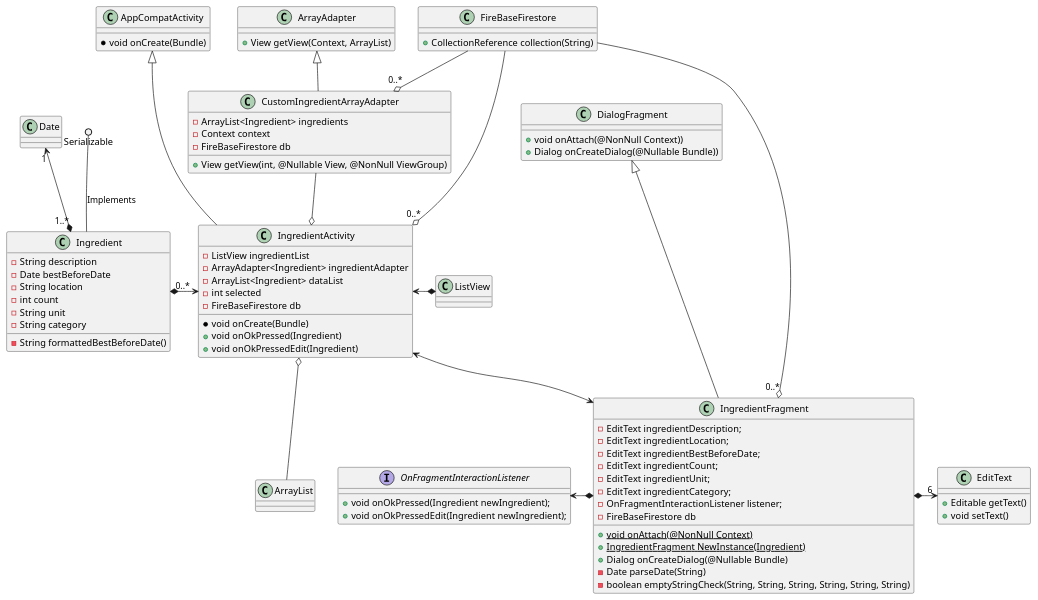
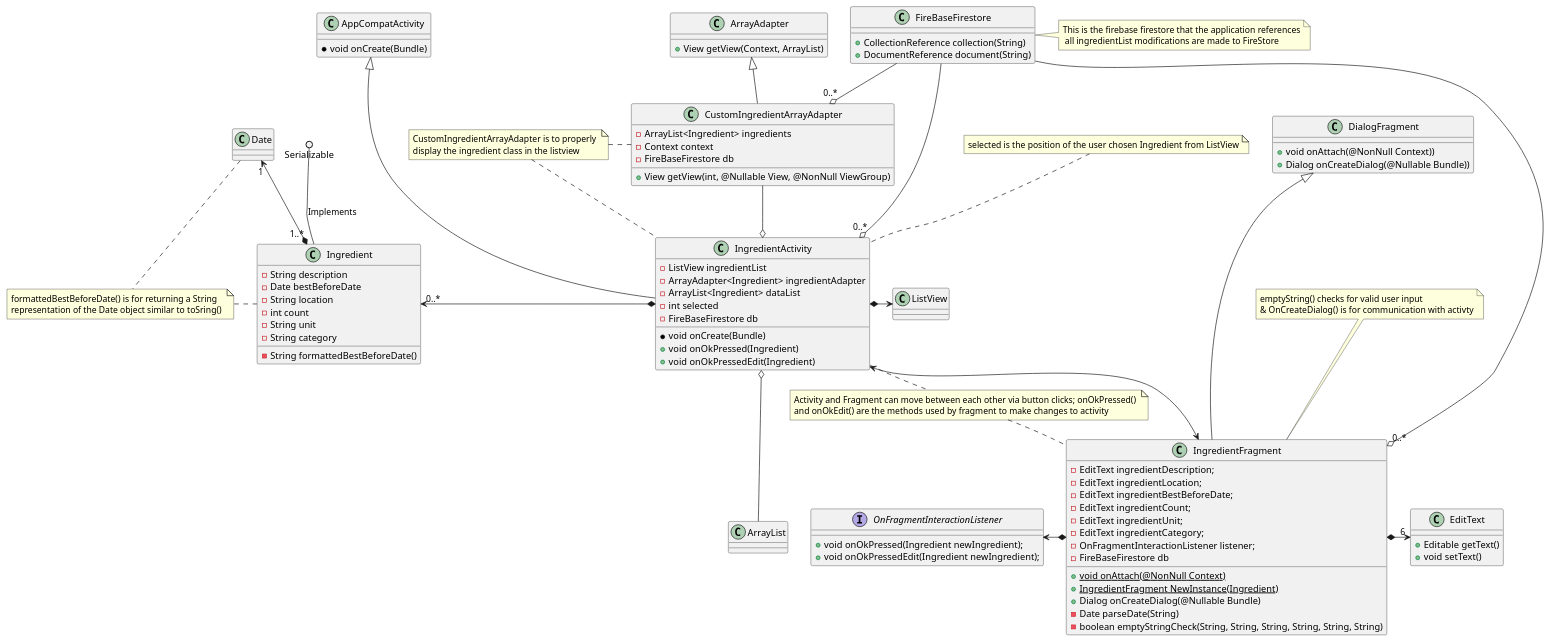
One commit to CMPUT301F22T31/FoodCart changed the diagram in doc/IngredientUML.puml. Above: the diagram before and after it, drawn with PlantUML. The commit also changed 5 other files, not shown here.

Commit message:
Final touchups on UML diagrams

```diff
--- a/doc/IngredientUML.puml
+++ b/doc/IngredientUML.puml
@@ -1,97 +1,124 @@
 @startuml
 'https://plantuml.com/class-diagram
 
 class ArrayAdapter {
 +View getView(Context, ArrayList)
 }
 
 class EditText {
 +Editable getText()
 +void setText()
 }
 
 class FireBaseFirestore {
 +CollectionReference collection(String)
++DocumentReference document(String)
 }
 
 class Ingredient {
 -String description
 -Date bestBeforeDate
 -String location
 -int count
 -String unit
 -String category
 
 -String formattedBestBeforeDate()
 }
 
 class AppCompatActivity {
 *void onCreate(Bundle)
 }
 
 class IngredientActivity {
 -ListView ingredientList
 -ArrayAdapter<Ingredient> ingredientAdapter
 -ArrayList<Ingredient> dataList
 -int selected
 -FireBaseFirestore db
 
 *void onCreate(Bundle)
 +void onOkPressed(Ingredient)
 +void onOkPressedEdit(Ingredient)
 }
 
 class DialogFragment {
 +void onAttach(@NonNull Context))
 +Dialog onCreateDialog(@Nullable Bundle))
 }
 
 class IngredientFragment {
 -EditText ingredientDescription;
 -EditText ingredientLocation;
 -EditText ingredientBestBeforeDate;
 -EditText ingredientCount;
 -EditText ingredientUnit;
 -EditText ingredientCategory;
 -OnFragmentInteractionListener listener;
 -FireBaseFirestore db
 
 + {static} void onAttach(@NonNull Context)
 + {static} IngredientFragment NewInstance(Ingredient)
 + Dialog onCreateDialog(@Nullable Bundle)
 - Date parseDate(String)
 - boolean emptyStringCheck(String, String, String, String, String, String)
 }
 
 interface OnFragmentInteractionListener {
 +void onOkPressed(Ingredient newIngredient);
 +void onOkPressedEdit(Ingredient newIngredient);
 }
 
 class CustomIngredientArrayAdapter extends ArrayAdapter {
 - ArrayList<Ingredient> ingredients
 - Context context
 - FireBaseFirestore db
 
 + View getView(int, @Nullable View, @NonNull ViewGroup)
 }
 
 Serializable ()-- Ingredient : Implements
 Date "1" <--* "1..*" Ingredient
 
-Ingredient "0..*" *->  IngredientActivity
-IngredientActivity <-* ListView
+Ingredient "0..*" <-*  IngredientActivity
+IngredientActivity *-> ListView
 CustomIngredientArrayAdapter --o IngredientActivity
 FireBaseFirestore --o "0..*" IngredientActivity
 
 IngredientActivity o-- ArrayList
 AppCompatActivity <|--- IngredientActivity
 DialogFragment <|--- IngredientFragment
 FireBaseFirestore --o "0..*" CustomIngredientArrayAdapter
 
 IngredientFragment *-> "6" EditText
 OnFragmentInteractionListener <-* IngredientFragment
 FireBaseFirestore --o "0..*" IngredientFragment
 IngredientActivity <--> IngredientFragment
 
+note "Activity and Fragment can move between each other via button clicks; onOkPressed() \nand onOkEdit() are the methods used by fragment to make changes to activity" as N1
+note "formattedBestBeforeDate() is for returning a String \nrepresentation of the Date object similar to toSring() " as N2
+note "CustomIngredientArrayAdapter is to properly \ndisplay the ingredient class in the listview" as IActivity2
+note "selected is the position of the user chosen Ingredient from ListView" as IActivity3
+note "This is the firebase firestore that the application references\n all ingredientList modifications are made to FireStore" as FireBase
+note "emptyString() checks for valid user input \n& OnCreateDialog() is for communication with activty" as error
+
+N1 . IngredientFragment
+IngredientActivity . N1
+
+N2 . Ingredient
+Date .. N2
+
+IActivity2 . CustomIngredientArrayAdapter
+IActivity2 .. IngredientActivity
+
+IActivity3 .. IngredientActivity
+
+FireBaseFirestore . FireBase
+
+error .. IngredientFragment
+
+
+
+
+
 @enduml
```
